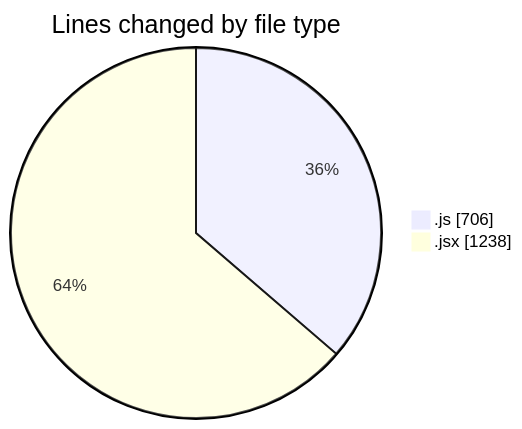
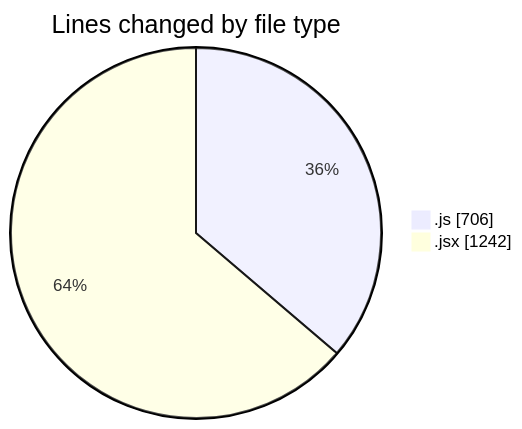
Before and after one commit to nxtqubesakshisongat/code-tracking: the first of 2 diagrams in 2025-05-31/nxtqube_webapp/README.md, drawn with Mermaid. The commit also changed other lines of this file and 1 other file, not shown here.

````diff
--- a/2025-05-31/nxtqube_webapp/README.md
+++ b/2025-05-31/nxtqube_webapp/README.md
@@ -27,6 +27,6 @@
 ```mermaid
 pie showData
 title Lines changed by file type
 ".js" : 706
-".jsx" : 1238
+".jsx" : 1242
 ```
````
